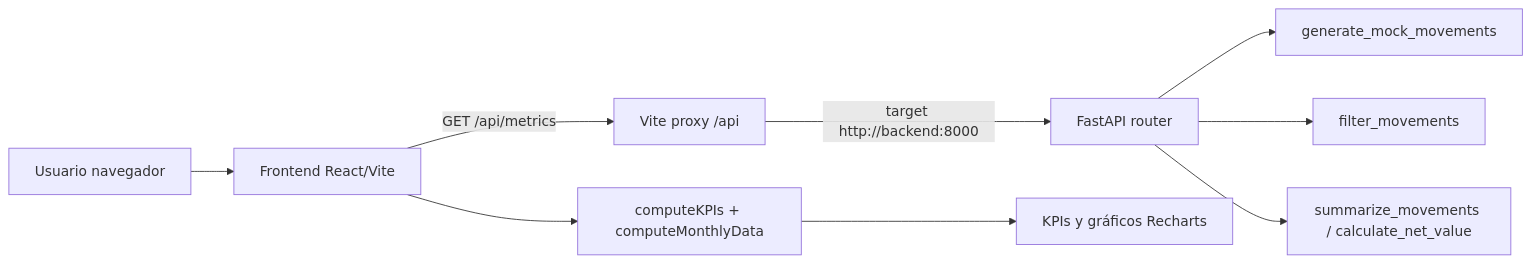
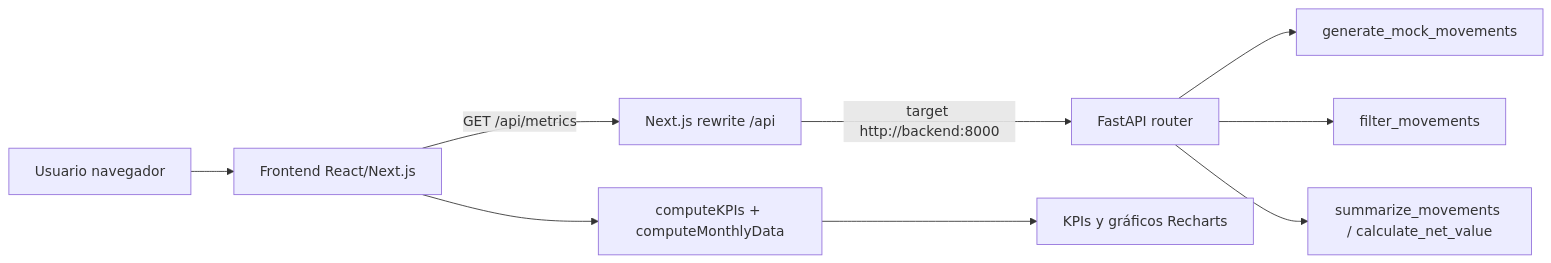
One commit to 4GeeksAcademy/CarlesSA92-ai-eng-financial-dashboard-context-project changed the diagram in memory-bank/PROJECT_OVERVIEW.md. Above: the diagram before and after it, drawn with Mermaid. The commit also changed other lines of this file and 3 other files, not shown here.

````diff
--- a/memory-bank/PROJECT_OVERVIEW.md
+++ b/memory-bank/PROJECT_OVERVIEW.md
@@ -190,11 +197,11 @@
 ```mermaid
 flowchart LR
-  U[Usuario navegador] --> FE[Frontend React/Vite]
-  FE -->|GET /api/metrics| VITE[Vite proxy /api]
-  VITE -->|target http://backend:8000| BE[FastAPI router]
+  U[Usuario navegador] --> FE[Frontend React/Next.js]
+  FE -->|GET /api/metrics| RW[Next.js rewrite /api]
+  RW -->|target http://backend:8000| BE[FastAPI router]
   BE --> GEN[generate_mock_movements]
   BE --> FIL[filter_movements]
   BE --> AGG[summarize_movements / calculate_net_value]
   FE --> TR[computeKPIs + computeMonthlyData]
   TR --> UI[KPIs y gráficos Recharts]
 ```
````
